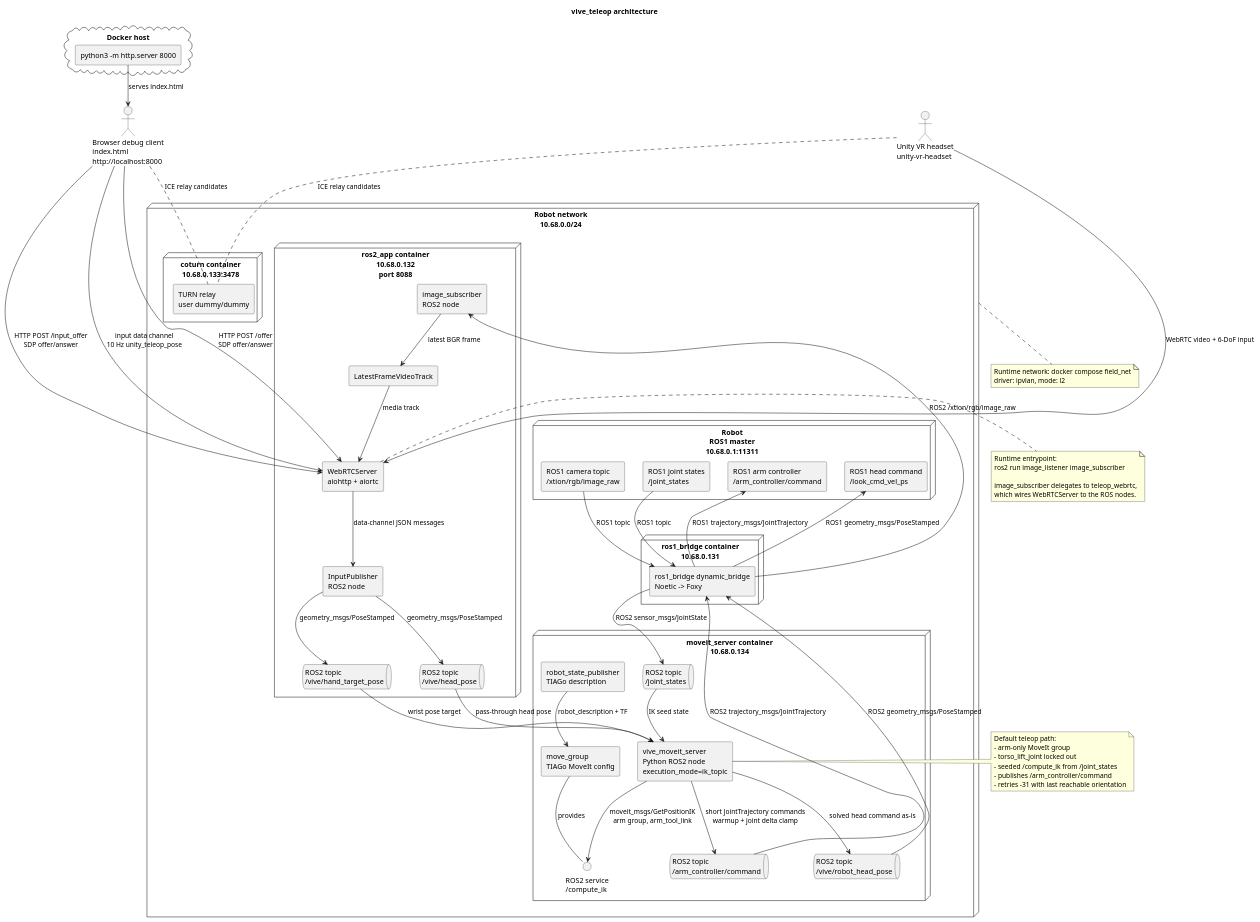
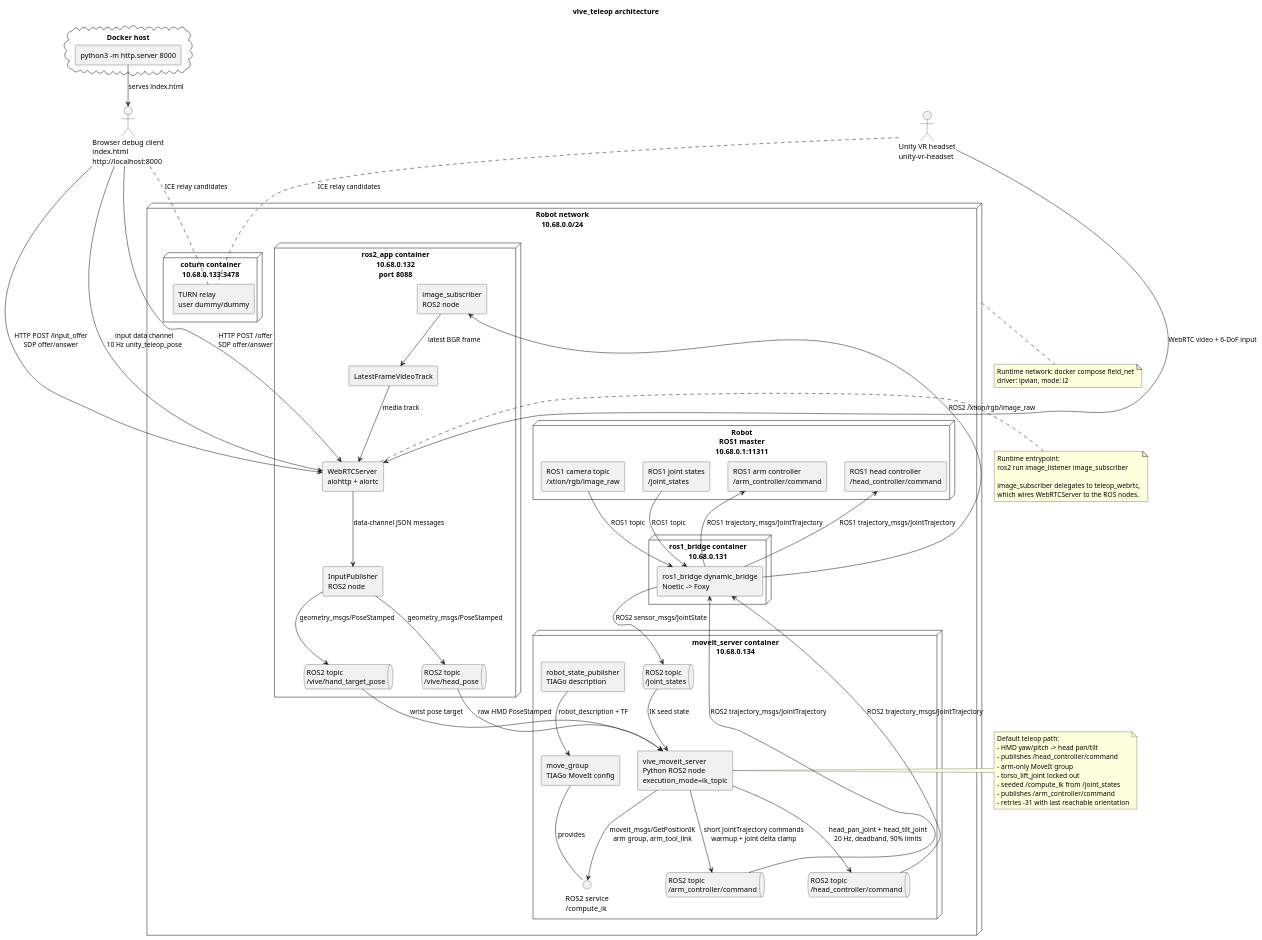
One commit to ichores-research/vive_teleop changed the diagram in architecture.puml. Above: the diagram before and after it, drawn with PlantUML. The commit also changed 3 other files, not shown here.

```diff
--- a/architecture.puml
+++ b/architecture.puml
@@ -1,105 +1,107 @@
 @startuml
 title vive_teleop architecture
 
 skinparam componentStyle rectangle
 skinparam shadowing false
 skinparam defaultFontName Monospace
 
 actor "Browser debug client\nindex.html\nhttp://localhost:8000" as Browser
 actor "Unity VR headset\nunity-vr-headset" as Unity
 
 node "Robot network\n10.68.0.0/24" as Net {
   node "Robot\nROS1 master\n10.68.0.1:11311" as Robot {
     component "ROS1 camera topic\n/xtion/rgb/image_raw" as Ros1Camera
     component "ROS1 joint states\n/joint_states" as Ros1JointStates
     component "ROS1 arm controller\n/arm_controller/command" as Ros1ArmCommand
-    component "ROS1 head command\n/look_cmd_vel_ps" as Ros1HeadCommand
+    component "ROS1 head controller\n/head_controller/command" as Ros1HeadCommand
   }
 
   node "ros1_bridge container\n10.68.0.131" as Bridge {
     component "ros1_bridge dynamic_bridge\nNoetic -> Foxy" as DynamicBridge
   }
 
   node "ros2_app container\n10.68.0.132\nport 8088" as Ros2App {
     component "image_subscriber\nROS2 node" as ImageSubscriber
     component "LatestFrameVideoTrack" as VideoTrack
     component "WebRTCServer\naiohttp + aiortc" as WebRTCServer
     component "InputPublisher\nROS2 node" as InputPublisher
     queue "ROS2 topic\n/vive/head_pose" as HeadPoseTopic
     queue "ROS2 topic\n/vive/hand_target_pose" as HandTargetTopic
   }
 
   node "moveit_server container\n10.68.0.134" as MoveItContainer {
     component "robot_state_publisher\nTIAGo description" as RobotStatePublisher
     component "move_group\nTIAGo MoveIt config" as MoveGroup
     component "vive_moveit_server\nPython ROS2 node\nexecution_mode=ik_topic" as MoveItServer
     queue "ROS2 topic\n/joint_states" as JointStateTopic
-    queue "ROS2 topic\n/vive/robot_head_pose" as RobotHeadTopic
+    queue "ROS2 topic\n/head_controller/command" as HeadCommandTopic
     queue "ROS2 topic\n/arm_controller/command" as ArmCommandTopic
     interface "ROS2 service\n/compute_ik" as ComputeIkService
   }
 
   node "coturn container\n10.68.0.133:3478" as Coturn {
     component "TURN relay\nuser dummy/dummy" as TurnRelay
   }
 }
 
 cloud "Docker host" as Host {
   component "python3 -m http.server 8000" as StaticServer
 }
 
 Ros1Camera --> DynamicBridge : ROS1 topic
 DynamicBridge --> ImageSubscriber : ROS2 /xtion/rgb/image_raw
 Ros1JointStates --> DynamicBridge : ROS1 topic
 DynamicBridge --> JointStateTopic : ROS2 sensor_msgs/JointState
 ArmCommandTopic --> DynamicBridge : ROS2 trajectory_msgs/JointTrajectory
 DynamicBridge --> Ros1ArmCommand : ROS1 trajectory_msgs/JointTrajectory
-RobotHeadTopic --> DynamicBridge : ROS2 geometry_msgs/PoseStamped
-DynamicBridge --> Ros1HeadCommand : ROS1 geometry_msgs/PoseStamped
+HeadCommandTopic --> DynamicBridge : ROS2 trajectory_msgs/JointTrajectory
+DynamicBridge --> Ros1HeadCommand : ROS1 trajectory_msgs/JointTrajectory
 
 ImageSubscriber --> VideoTrack : latest BGR frame
 VideoTrack --> WebRTCServer : media track
 WebRTCServer --> InputPublisher : data-channel JSON messages
 InputPublisher --> HeadPoseTopic : geometry_msgs/PoseStamped
 InputPublisher --> HandTargetTopic : geometry_msgs/PoseStamped
-HeadPoseTopic --> MoveItServer : pass-through head pose
+HeadPoseTopic --> MoveItServer : raw HMD PoseStamped
 HandTargetTopic --> MoveItServer : wrist pose target
 JointStateTopic --> MoveItServer : IK seed state
 RobotStatePublisher --> MoveGroup : robot_description + TF
 MoveGroup -- ComputeIkService : provides
 MoveItServer --> ComputeIkService : moveit_msgs/GetPositionIK\narm group, arm_tool_link
-MoveItServer --> RobotHeadTopic : solved head command as-is
+MoveItServer --> HeadCommandTopic : head_pan_joint + head_tilt_joint\n20 Hz, deadband, 90% limits
 MoveItServer --> ArmCommandTopic : short JointTrajectory commands\nwarmup + joint delta clamp
 
 StaticServer --> Browser : serves index.html
 Browser --> WebRTCServer : HTTP POST /offer\nSDP offer/answer
 Browser --> WebRTCServer : HTTP POST /input_offer\nSDP offer/answer
 Browser --> WebRTCServer : input data channel\n10 Hz unity_teleop_pose
 Browser .. TurnRelay : ICE relay candidates
 
 Unity --> WebRTCServer : WebRTC video + 6-DoF input
 Unity .. TurnRelay : ICE relay candidates
 
 note right of WebRTCServer
   Runtime entrypoint:
   ros2 run image_listener image_subscriber
 
   image_subscriber delegates to teleop_webrtc,
   which wires WebRTCServer to the ROS nodes.
 end note
 
 note right of MoveItServer
   Default teleop path:
+  - HMD yaw/pitch -> head pan/tilt
+  - publishes /head_controller/command
   - arm-only MoveIt group
   - torso_lift_joint locked out
   - seeded /compute_ik from /joint_states
   - publishes /arm_controller/command
   - retries -31 with last reachable orientation
 end note
 
 note bottom of Net
   Runtime network: docker compose field_net
   driver: ipvlan, mode: l2
 end note
 
 @enduml
```
